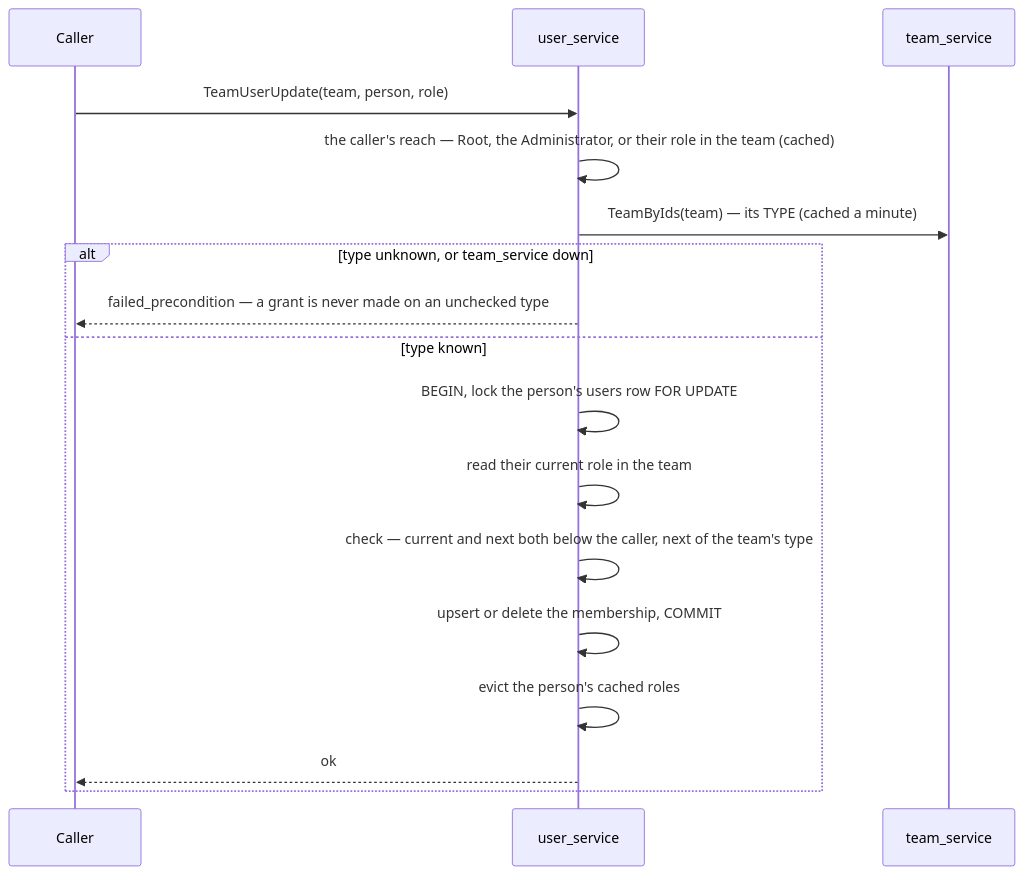
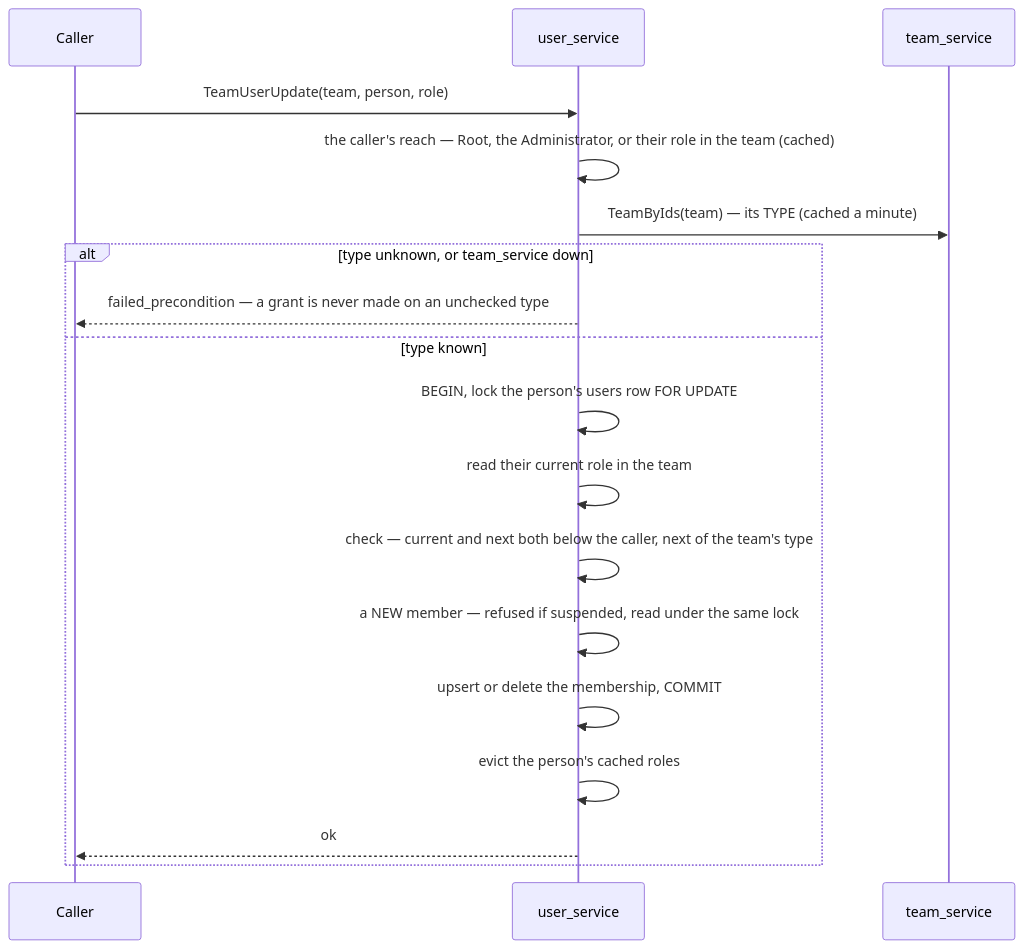
The first of 3 diagrams in docs/services/user_service/rpc.md (pdcgo/warehouse_revamp), drawn with Mermaid before and after one commit. The commit also changed other lines of this file and 29 other files, not shown here.

````diff
--- a/docs/services/user_service/rpc.md
+++ b/docs/services/user_service/rpc.md
@@ -16,19 +16,20 @@
 ```mermaid
 sequenceDiagram
     participant C as Caller
     participant U as user_service
     participant T as team_service
     C->>U: TeamUserUpdate(team, person, role)
     U->>U: the caller's reach — Root, the Administrator, or their role in the team (cached)
     U->>T: TeamByIds(team) — its TYPE (cached a minute)
     alt type unknown, or team_service down
         U-->>C: failed_precondition — a grant is never made on an unchecked type
     else type known
         U->>U: BEGIN, lock the person's users row FOR UPDATE
         U->>U: read their current role in the team
         U->>U: check — current and next both below the caller, next of the team's type
+        U->>U: a NEW member — refused if suspended, read under the same lock
         U->>U: upsert or delete the membership, COMMIT
         U->>U: evict the person's cached roles
         U-->>C: ok
     end
 ```
````
